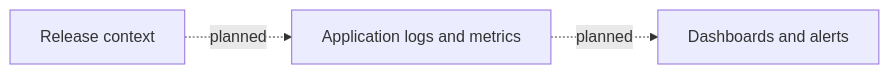
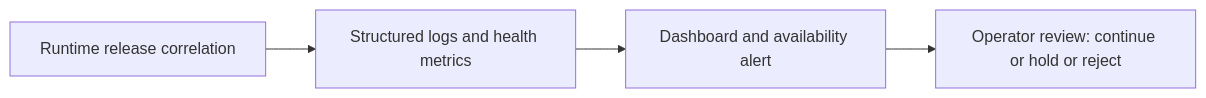
The fourth of 5 diagrams in docs/diagrams/README.md (DimitryZH/secure-delivery-platform), drawn with Mermaid before and after one commit. The commit also changed other lines of this file and 9 other files, not shown here.

````diff
--- a/docs/diagrams/README.md
+++ b/docs/diagrams/README.md
@@ -55,5 +59,6 @@
 ```mermaid
 flowchart LR
-    Runtime[Release context] -. planned .-> Signals[Application logs and metrics]
-    Signals -. planned .-> Review[Dashboards and alerts]
+    Runtime[Runtime release correlation] --> Signals[Structured logs and health metrics]
+    Signals --> Visibility[Dashboard and availability alert]
+    Visibility --> Review[Operator review: continue or hold or reject]
 ```
````
